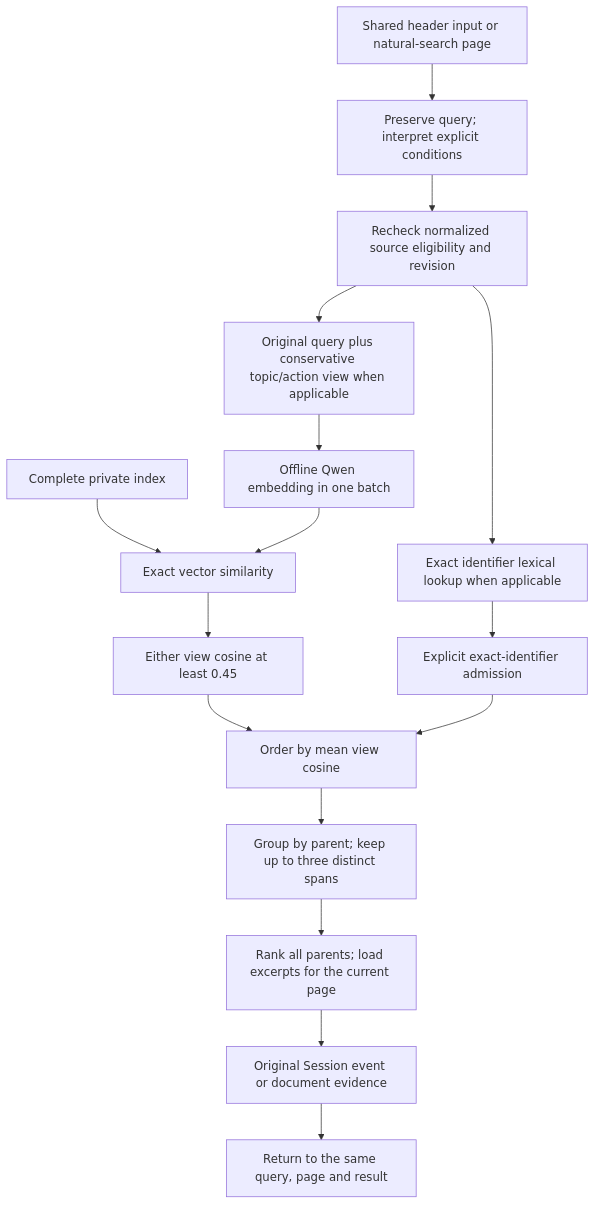
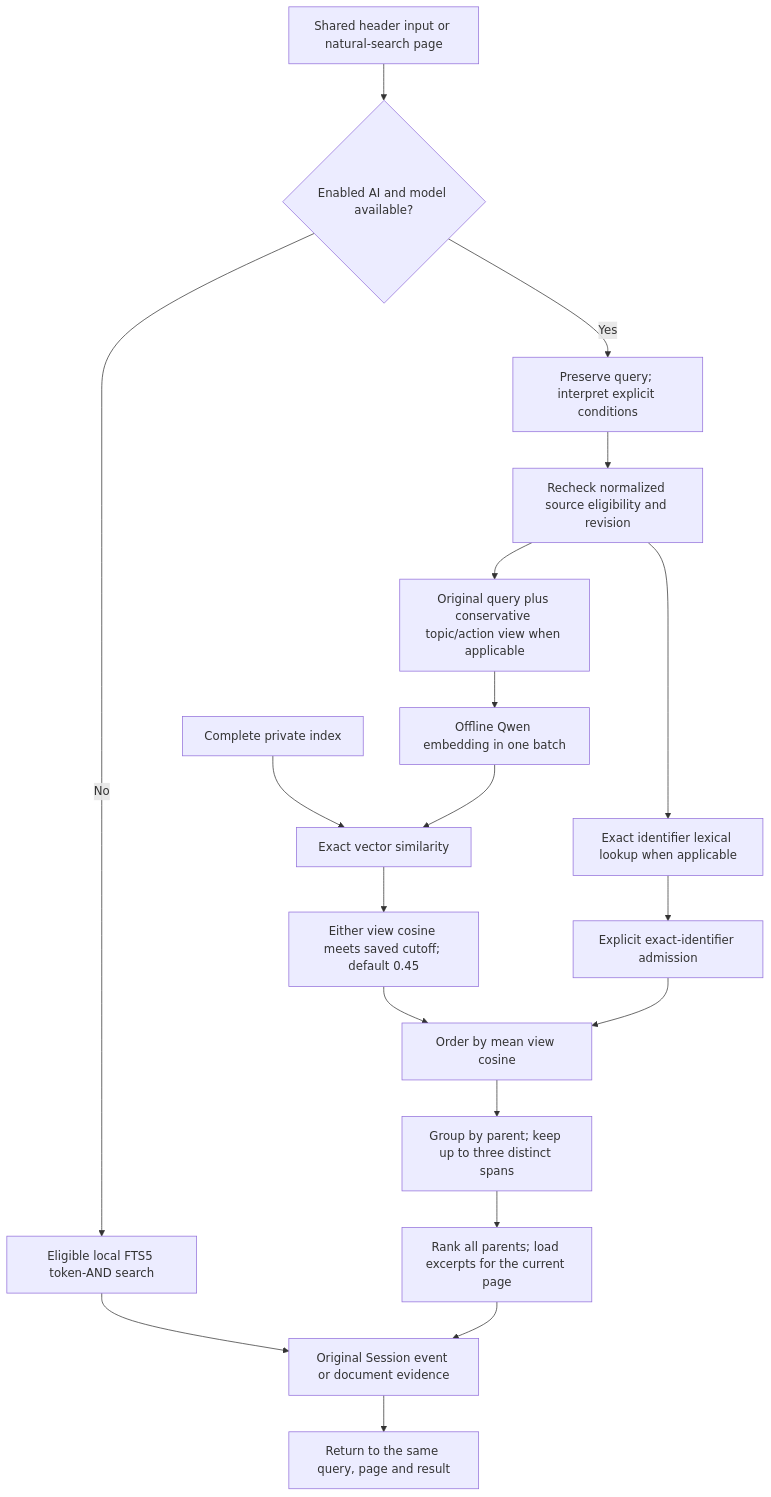
The second of 2 diagrams in docs/policies/project/natural-language-search.md (chochita0311/local-brain), drawn with Mermaid before and after one commit. The commit also changed other lines of this file and 42 other files, not shown here.

````diff
--- a/docs/policies/project/natural-language-search.md
+++ b/docs/policies/project/natural-language-search.md
@@ -145,18 +146,21 @@
 ```mermaid
 flowchart TD
-    Input[Shared header input or natural-search page] --> Conditions[Preserve query; interpret explicit conditions]
+    Input[Shared header input or natural-search page] --> Engine{Enabled AI and model available?}
+    Engine -->|Yes| Conditions[Preserve query; interpret explicit conditions]
+    Engine -->|No| Keywords[Eligible local FTS5 token-AND search]
+    Keywords --> Evidence
     Conditions --> Current[Recheck normalized source eligibility and revision]
     Current --> Views[Original query plus conservative topic/action view when applicable]
     Views --> Embed[Offline Qwen embedding in one batch]
     Current --> Lexical[Exact identifier lexical lookup when applicable]
     Cache[Complete private index] --> Dot[Exact vector similarity]
     Embed --> Dot
-    Dot --> Cutoff[Either view cosine at least 0.45]
+    Dot --> Cutoff[Either view cosine meets saved cutoff; default 0.45]
     Lexical --> Exact[Explicit exact-identifier admission]
     Cutoff --> Order[Order by mean view cosine]
     Exact --> Order
     Order --> Parent[Group by parent; keep up to three distinct spans]
     Parent --> Page[Rank all parents; load excerpts for the current page]
     Page --> Evidence[Original Session event or document evidence]
     Evidence --> Return[Return to the same query, page and result]
 ```
````
